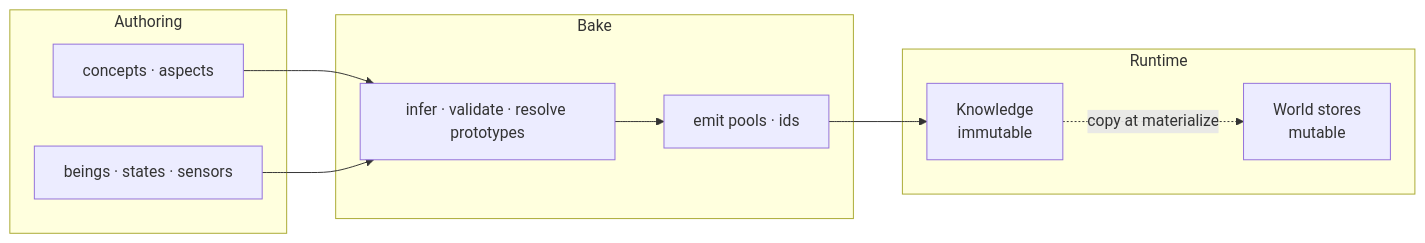
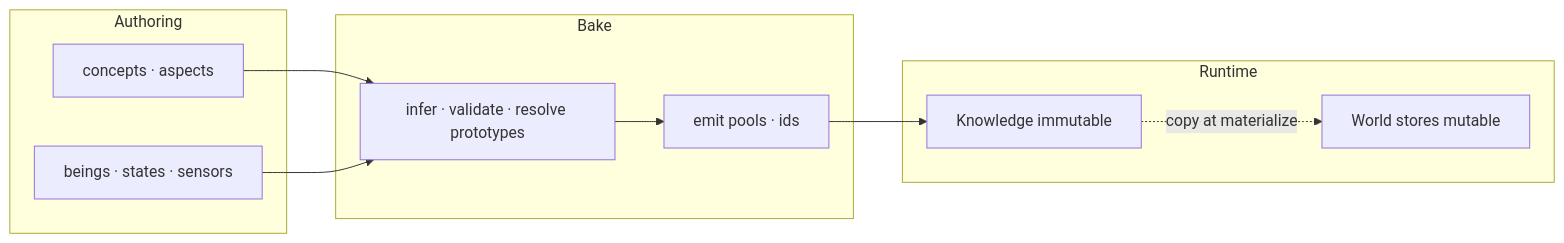
Before and after one commit to fm39hz/fm39hz-blogs: the fourth of 8 diagrams in src/content/articles/another-way-to-think-about-game-architecture.md, drawn with Mermaid. The commit also changed other lines of this file and 21 other files, not shown here.

````diff
--- a/src/content/articles/another-way-to-think-about-game-architecture.md
+++ b/src/content/articles/another-way-to-think-about-game-architecture.md
@@ -350,23 +350,23 @@
 ```mermaid
 flowchart LR
     subgraph Authoring
         C["concepts · aspects"]
         B["beings · states · sensors"]
     end
 
     subgraph Bake
         I["infer · validate · resolve prototypes"]
         E["emit pools · ids"]
     end
 
     subgraph Runtime
-        K["Knowledge<br/>immutable"]
-        W["World stores<br/>mutable"]
+        K["Knowledge immutable"]
+        W["World stores mutable"]
     end
 
     C --> I
     B --> I
     I --> E
     E --> K
     K -.->|"copy at materialize"| W
 ```
````
